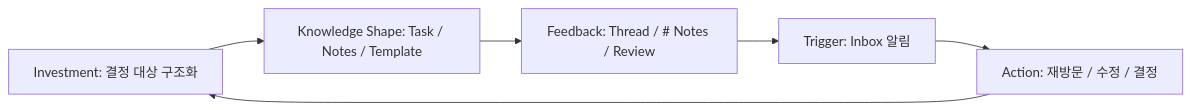
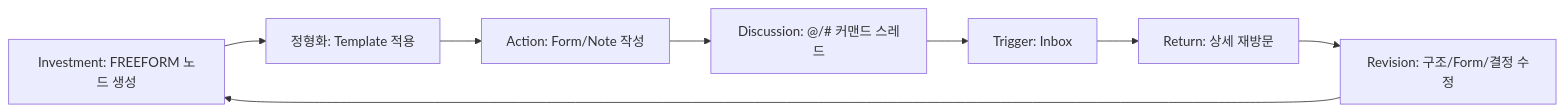
One commit to claire-yunsumin/test changed the first of 6 diagrams in docs/ACTION_FLOWS.md. Above: the diagram before and after it, drawn with Mermaid. The commit also changed other lines of this file and 18 other files, not shown here.

````diff
--- a/docs/ACTION_FLOWS.md
+++ b/docs/ACTION_FLOWS.md
@@ -8,8 +5,10 @@
 ```mermaid
 flowchart LR
-  A[Investment: 결정 대상 구조화] --> B[Knowledge Shape: Task / Notes / Template]
-  B --> C[Feedback: Thread / # Notes / Review]
-  C --> D[Trigger: Inbox 알림]
-  D --> E[Action: 재방문 / 수정 / 결정]
-  E --> A
+  A[Investment: FREEFORM 노드 생성] --> B[정형화: Template 적용]
+  B --> C[Action: Form/Note 작성]
+  C --> D[Discussion: @/# 커맨드 스레드]
+  D --> E[Trigger: Inbox]
+  E --> F[Return: 상세 재방문]
+  F --> G[Revision: 구조/Form/결정 수정]
+  G --> A
 ```
````
